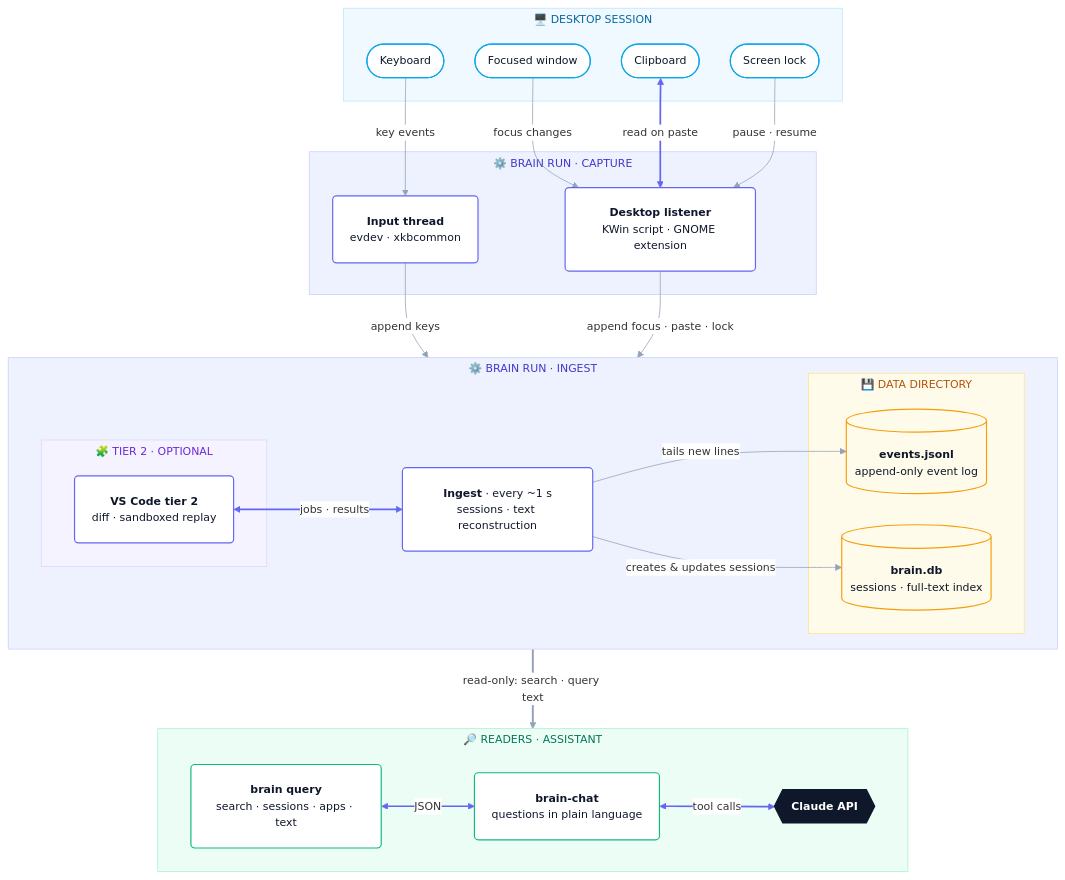
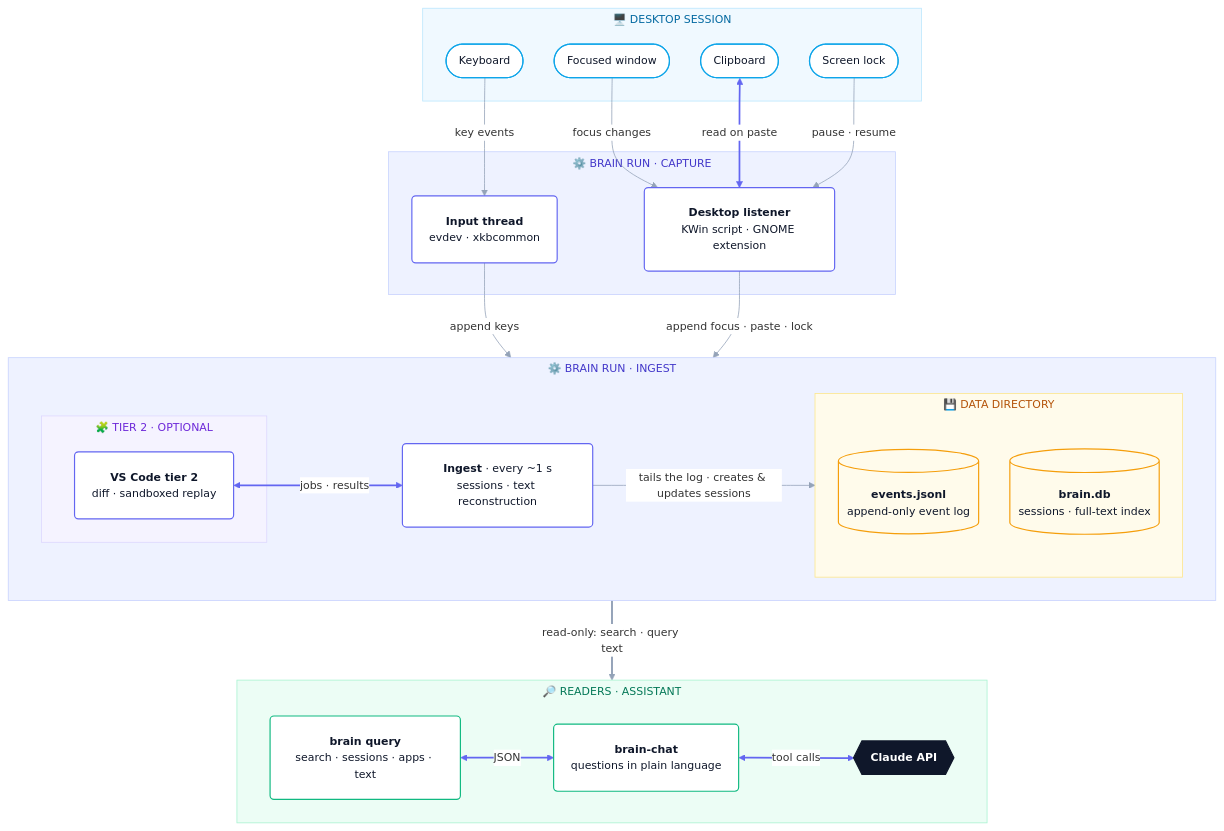
The first of 2 diagrams in DIAGRAMS.md (ChenOhana/shadow-assistant), drawn with Mermaid before and after one commit. The commit also changed 1 other file, not shown here.

Commit message:
Draw the ingest row as one chain into the data directory
Ingest now has a single arrow into the data directory box instead of
one to each file inside it, so the row reads left to right: tier 2,
ingest, then the log and brain.db together. The previous version is
kept as DIAGRAMS-v2.md.

Claude-Session: https://claude.ai/code/session_01TqJ1JQ5AR6NbGxAYUZbh83

````diff
--- a/DIAGRAMS.md
+++ b/DIAGRAMS.md
@@ -9,68 +9,67 @@
 ```mermaid
 %%{init: {"theme": "base", "themeVariables": {"fontSize": "14px", "lineColor": "#94a3b8", "edgeLabelBackground": "#ffffff", "textColor": "#334155"}, "flowchart": {"curve": "basis", "padding": 22, "nodeSpacing": 40, "rankSpacing": 60, "subGraphTitleMargin": {"top": 4, "bottom": 12}}}}%%
 flowchart TB
     subgraph L1["🖥️  DESKTOP SESSION"]
         KB(["Keyboard"])
         FOC(["Focused window"])
         CLIP(["Clipboard"])
         SCR(["Screen lock"])
     end
 
     subgraph L2["⚙️  BRAIN RUN · CAPTURE"]
         INP("<b>Input thread</b><br/>evdev · xkbcommon")
         DSK("<b>Desktop listener</b><br/>KWin script · GNOME extension")
     end
 
     subgraph L3["⚙️  BRAIN RUN · INGEST"]
         direction LR
         subgraph LT["🧩  TIER 2 · OPTIONAL"]
             T2("<b>VS Code tier 2</b><br/>diff · sandboxed replay")
         end
         ING("<b>Ingest</b> · every ~1 s<br/>sessions · text reconstruction")
         subgraph LD["💾  DATA DIRECTORY"]
             LOG[("<b>events.jsonl</b><br/>append-only event log")]
             DB[("<b>brain.db</b><br/>sessions · full-text index")]
         end
         T2 <-->|"jobs · results"| ING
-        ING -->|"tails new lines"| LOG
-        ING -->|"creates & updates sessions"| DB
+        ING -->|"tails the log · creates & updates sessions"| LD
     end
 
     subgraph L4["🔎  READERS · ASSISTANT"]
         direction LR
         Q("<b>brain query</b><br/>search · sessions · apps · text")
         CHAT("<b>brain-chat</b><br/>questions in plain language")
         API{{"<b>Claude API</b>"}}
         Q <-->|"JSON"| CHAT
         CHAT <-->|"tool calls"| API
     end
 
     KB -->|"key events"| INP
     FOC -->|"focus changes"| DSK
     CLIP <-->|"read on paste"| DSK
     SCR -->|"pause · resume"| DSK
     INP -->|"append keys"| L3
     DSK -->|"append focus · paste · lock"| L3
     L3 ==>|"read-only: search · query text"| L4
 
     classDef src fill:#ffffff,stroke:#0ea5e9,stroke-width:1.5px,color:#0f172a
     classDef proc fill:#ffffff,stroke:#6366f1,stroke-width:1.5px,color:#0f172a
     classDef store fill:#fffbeb,stroke:#f59e0b,stroke-width:1.5px,color:#0f172a
     classDef read fill:#ffffff,stroke:#10b981,stroke-width:1.5px,color:#0f172a
     classDef ext fill:#0f172a,stroke:#0f172a,stroke-width:1.5px,color:#ffffff
     class KB,FOC,CLIP,SCR src
     class INP,DSK,ING,T2 proc
     class LOG,DB store
     class Q,CHAT read
     class API ext
 
     style L1 fill:#f0f9ff,stroke:#bae6fd,color:#0369a1
     style L2 fill:#eef2ff,stroke:#c7d2fe,color:#4338ca
     style L3 fill:#eef2ff,stroke:#c7d2fe,color:#4338ca
     style LT fill:#f5f3ff,stroke:#ddd6fe,color:#6d28d9
     style LD fill:#fffbeb,stroke:#fde68a,color:#b45309
     style L4 fill:#ecfdf5,stroke:#a7f3d0,color:#047857
 
-    linkStyle 0,3,4,7 stroke:#6366f1,stroke-width:2.2px
-    linkStyle 11 stroke:#94a3b8,stroke-width:2.5px
+    linkStyle 0,2,3,6 stroke:#6366f1,stroke-width:2.2px
+    linkStyle 10 stroke:#94a3b8,stroke-width:2.5px
 ```
````
